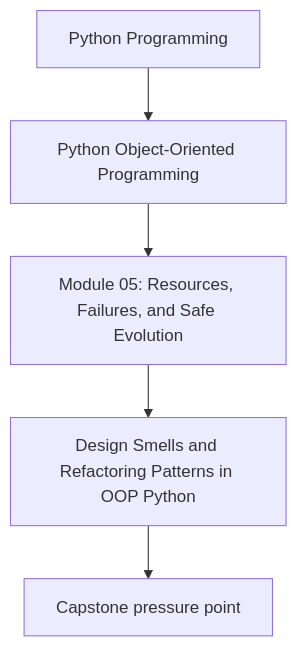
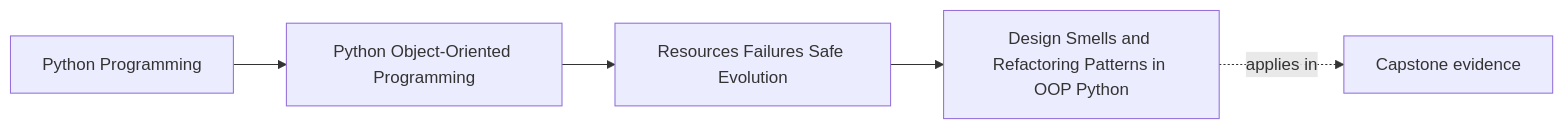
Before and after one commit to bijux/bijux-masterclass: the first of 2 diagrams in programs/python-programming/python-object-oriented-programming/course-book/module-05-resources-failures-safe-evolution/design-smells-and-refactoring-patterns.md, drawn with Mermaid. The commit also changed other lines of this file and 103 other files, not shown here.

Commit message:
docs(python-object-oriented-programming): map sustainment and capstone surfaces

````diff
--- a/programs/python-programming/python-object-oriented-programming/course-book/module-05-resources-failures-safe-evolution/design-smells-and-refactoring-patterns.md
+++ b/programs/python-programming/python-object-oriented-programming/course-book/module-05-resources-failures-safe-evolution/design-smells-and-refactoring-patterns.md
@@ -7,7 +7,11 @@
 ```mermaid
-flowchart TD
-  family["Python Programming"] --> program["Python Object-Oriented Programming"]
-  program --> module["Module 05: Resources, Failures, and Safe Evolution"]
-  module --> concept["Design Smells and Refactoring Patterns in OOP Python"]
-  concept --> capstone["Capstone pressure point"]
+graph LR
+  family["Python Programming"]
+  program["Python Object-Oriented Programming"]
+  section["Resources Failures Safe Evolution"]
+  page["Design Smells and Refactoring Patterns in OOP Python"]
+  capstone["Capstone evidence"]
+
+  family --> program --> section --> page
+  page -.applies in.-> capstone
 ```
````
